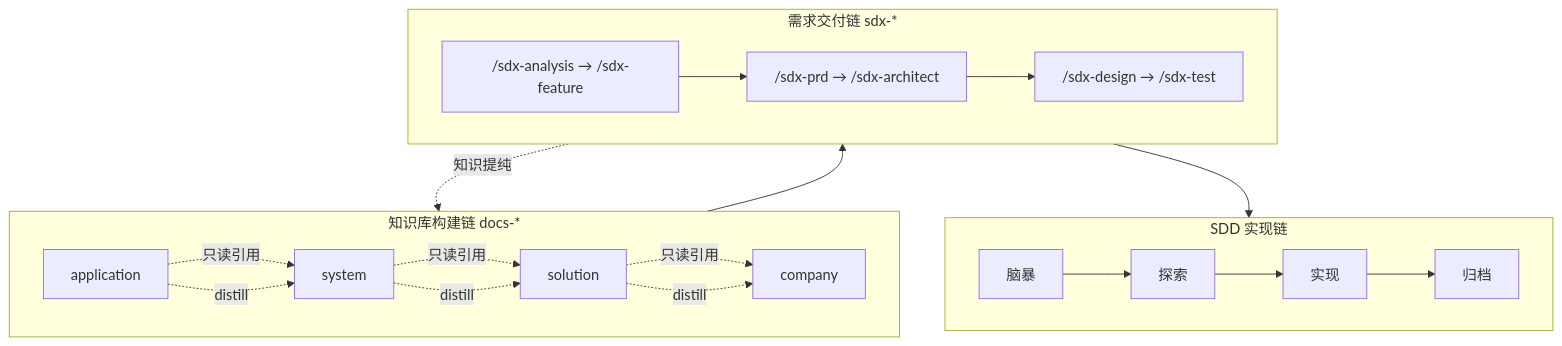
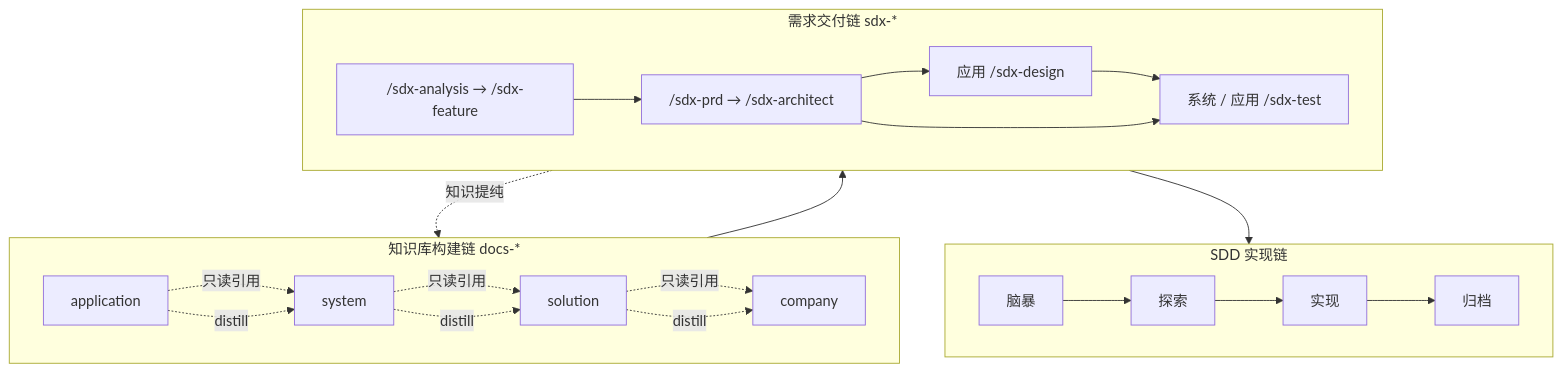
Before and after one commit to oleewen/ai-knowledge: the diagram in README.md, drawn with Mermaid. The commit also changed other lines of this file and 2 other files, not shown here.

````diff
--- a/README.md
+++ b/README.md
@@ -113,18 +117,20 @@
 ```mermaid
 flowchart TD
     subgraph KB["知识库构建链 docs-*"]
         direction LR
         KB_APP["application"] -. 只读引用 .-> KB_SYS["system"] -. 只读引用 .-> KB_SLN["solution"] -. 只读引用 .-> KB_CO["company"]
         KB_APP -. distill .-> KB_SYS -. distill .-> KB_SLN -. distill .-> KB_CO
     end
     subgraph RD["需求交付链 sdx-*"]
         direction LR
-        RD1["/sdx-analysis → /sdx-feature"] --> RD2["/sdx-prd → /sdx-architect"] --> RD3["/sdx-design → /sdx-test"]
+        RD1["/sdx-analysis → /sdx-feature"] --> RD2["/sdx-prd → /sdx-architect"]
+        RD2 --> RD3["应用 /sdx-design"] --> RDT["系统 / 应用 /sdx-test"]
+        RD2 --> RDT
     end
     subgraph SDD["SDD 实现链"]
         direction LR
         SDD1["脑暴"] --> SDD2["探索"] --> SDD3["实现"] --> SDD4["归档"]
     end
     RD -. 知识提纯 .-> KB
     KB --> RD --> SDD
 ```
````
